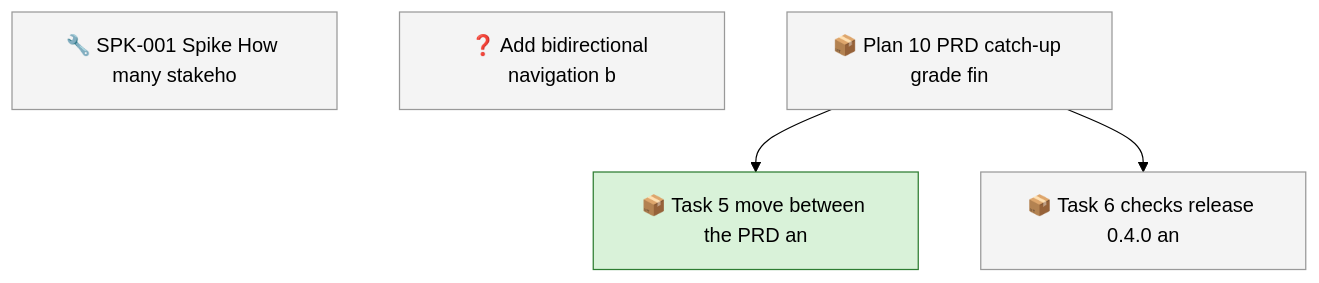
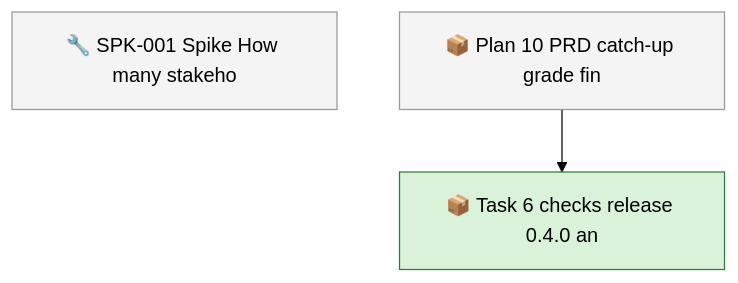
One commit to SpillwaveSolutions/prd-forge-viewer changed the first of 2 diagrams in docs/roadmap.md. Above: the diagram before and after it, drawn with Mermaid (forest theme). The commit also changed other lines of this file and 18 other files, not shown here.

First line of the commit message:
feat: move between a requirement and its backlog stories (FR-028)

````diff
--- a/docs/roadmap.md
+++ b/docs/roadmap.md
@@ -57,14 +51,11 @@
 ```mermaid
 graph TD
     01M61XNM9NY7F4D4V7400J56X9["🔧 SPK-001 Spike How many stakeho"]
-    01M67NFZH5C1HWH4SBC22ZVXMS["❓ Add bidirectional navigation b"]
     01M67NH4X4JGDJB233B670SJFF["📦 Plan 10 PRD catch-up grade fin"]
-    01M67NH4XPWE52APES54MYFEVA["📦 Task 5 move between the PRD an"]
     01M67NH4XPWE52APES54MYFEVC["📦 Task 6 checks release 0.4.0 an"]
-    01M67NH4X4JGDJB233B670SJFF --> 01M67NH4XPWE52APES54MYFEVA
     01M67NH4X4JGDJB233B670SJFF --> 01M67NH4XPWE52APES54MYFEVC
     classDef todo fill:#f4f4f4,stroke:#999999
-    class 01M61XNM9NY7F4D4V7400J56X9,01M67NFZH5C1HWH4SBC22ZVXMS,01M67NH4X4JGDJB233B670SJFF,01M67NH4XPWE52APES54MYFEVC todo
+    class 01M61XNM9NY7F4D4V7400J56X9,01M67NH4X4JGDJB233B670SJFF todo
     classDef in_progress fill:#d9f2d9,stroke:#2e7d32
-    class 01M67NH4XPWE52APES54MYFEVA in_progress
+    class 01M67NH4XPWE52APES54MYFEVC in_progress
 ```
````
